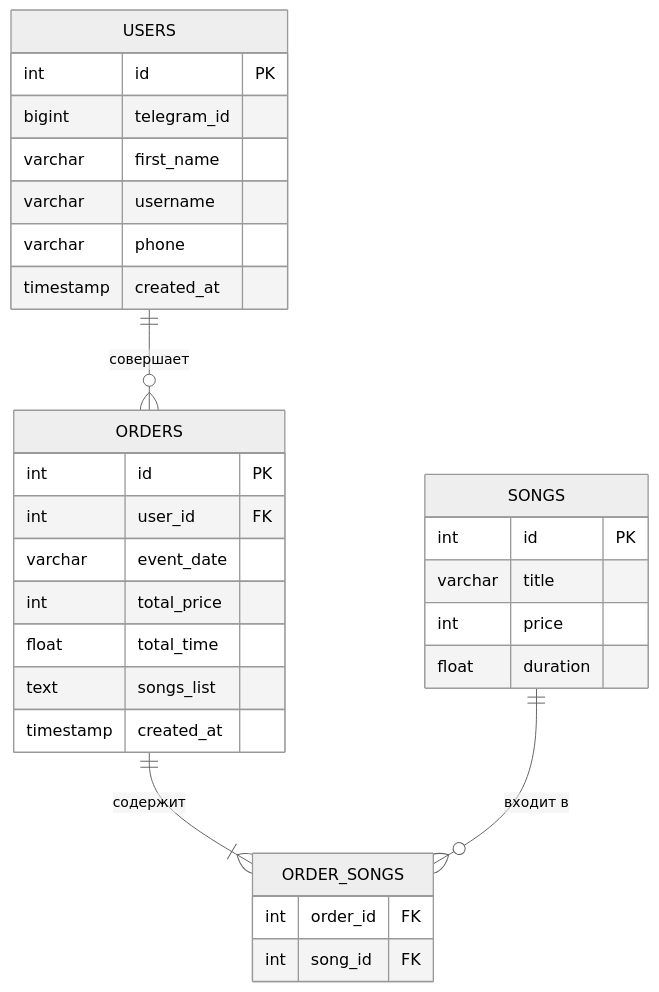
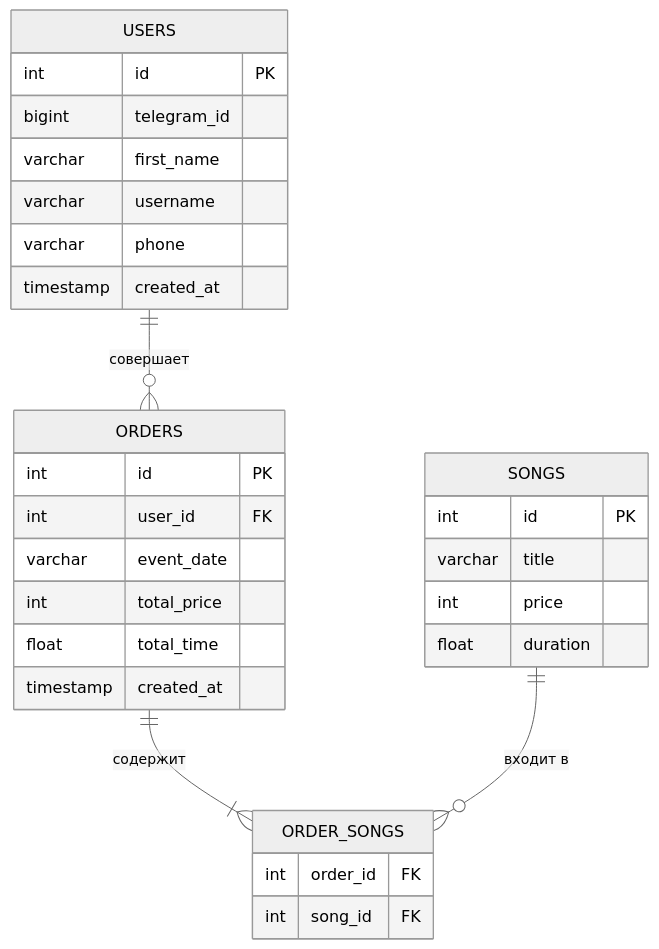
Before and after one commit to esin665-afk/zhara_bot: the diagram in README.md, drawn with Mermaid (neutral theme).

Commit message:
docs: обновлена ER-диаграмма (удалена songs_list)

````diff
--- a/README.md
+++ b/README.md
@@ -5,37 +5,36 @@
 ```mermaid
 erDiagram
     USERS ||--o{ ORDERS : "совершает"
     ORDERS ||--|{ ORDER_SONGS : "содержит"
     SONGS ||--o{ ORDER_SONGS : "входит в"
 
     USERS {
         int id PK
         bigint telegram_id
         varchar first_name
         varchar username
         varchar phone
         timestamp created_at
     }
 
     ORDERS {
         int id PK
         int user_id FK
         varchar event_date
         int total_price
         float total_time
-        text songs_list
         timestamp created_at
     }
 
     SONGS {
         int id PK
         varchar title
         int price
         float duration
     }
 
     ORDER_SONGS {
         int order_id FK
         int song_id FK
     }
 ```
````
